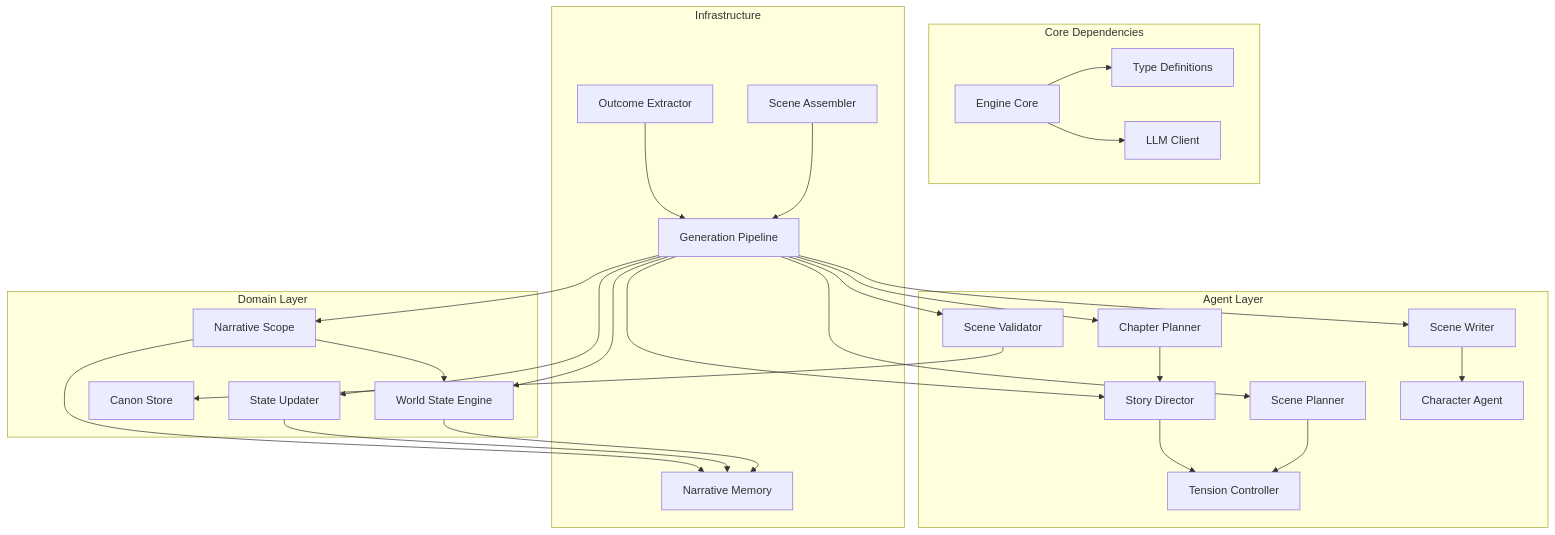
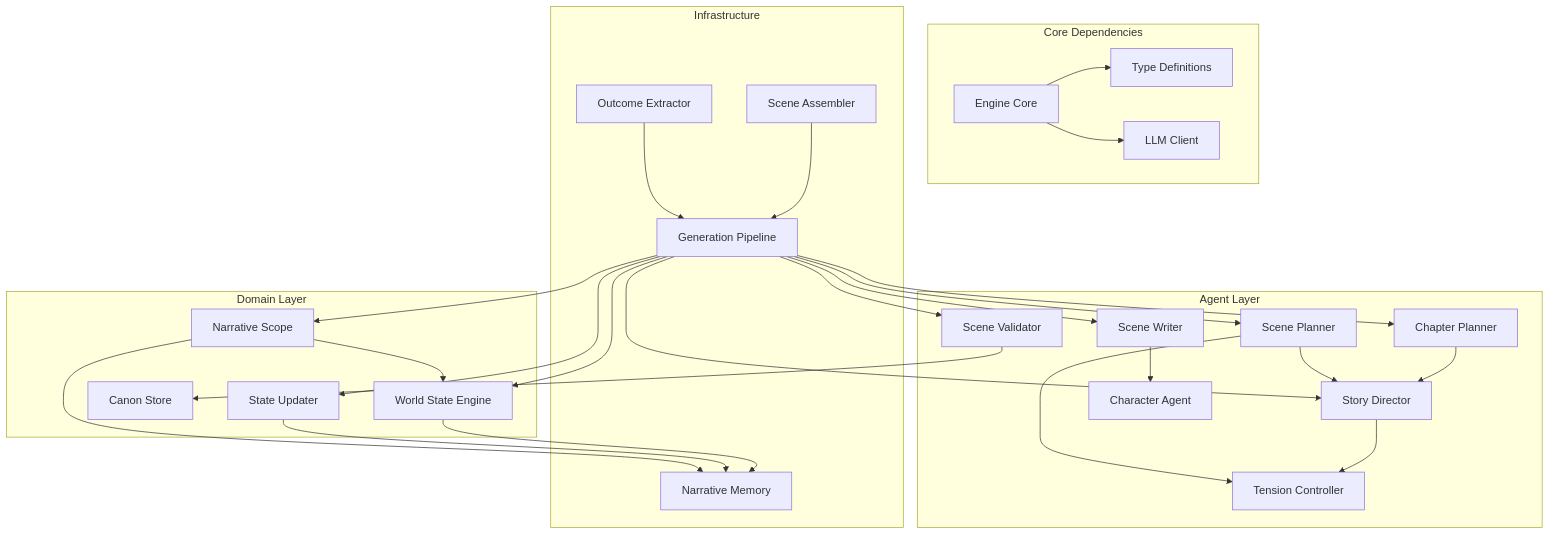
Diagram 14 of 14 in .qoder/repowiki/en/content/AI Agent System/Enhanced Scene Planning System.md (liwonder/NARRITIVE_OS), drawn with Mermaid before and after one commit. The commit also changed other lines of this file and 14 other files, not shown here.

````diff
--- a/.qoder/repowiki/en/content/AI Agent System/Enhanced Scene Planning System.md
+++ b/.qoder/repowiki/en/content/AI Agent System/Enhanced Scene Planning System.md
@@ -467,50 +628,51 @@
 ```mermaid
 graph TB
 subgraph "Core Dependencies"
 Engine[Engine Core]
 Types[Type Definitions]
 LLM[LLM Client]
 end
 subgraph "Agent Layer"
-ScenePlanner[Scene Planner]
 StoryDirector[Story Director]
 ChapterPlanner[Chapter Planner]
+ScenePlanner[Scene Planner]
 SceneWriter[Scene Writer]
 SceneValidator[Scene Validator]
 TensionController[Tension Controller]
 CharacterAgent[Character Agent]
 end
 subgraph "Domain Layer"
 WorldState[World State Engine]
 CanonStore[Canon Store]
 StateUpdater[State Updater]
 ScopeBuilder[Narrative Scope]
 end
 subgraph "Infrastructure"
 Pipeline[Generation Pipeline]
 SceneAssembler[Scene Assembler]
 OutcomeExtractor[Outcome Extractor]
 MemoryStore[Narrative Memory]
 end
 Engine --> Types
 Engine --> LLM
-Pipeline --> ScenePlanner
 Pipeline --> StoryDirector
 Pipeline --> ChapterPlanner
+Pipeline --> ScenePlanner
 Pipeline --> SceneWriter
 Pipeline --> SceneValidator
 Pipeline --> WorldState
 Pipeline --> StateUpdater
 Pipeline --> ScopeBuilder
-ScenePlanner --> TensionController
 StoryDirector --> TensionController
 ChapterPlanner --> StoryDirector
+ScenePlanner --> StoryDirector
+ScenePlanner --> TensionController
 SceneWriter --> CharacterAgent
 SceneValidator --> CanonStore
 WorldState --> MemoryStore
 StateUpdater --> MemoryStore
 ScopeBuilder --> WorldState
 ScopeBuilder --> MemoryStore
 SceneAssembler --> Pipeline
 OutcomeExtractor --> Pipeline
 ```
````
